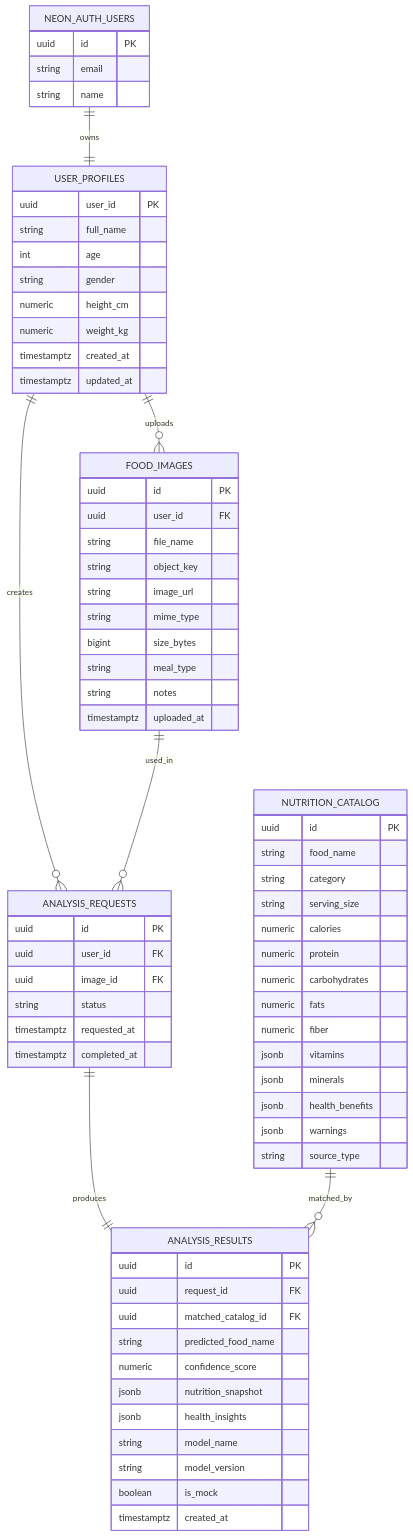
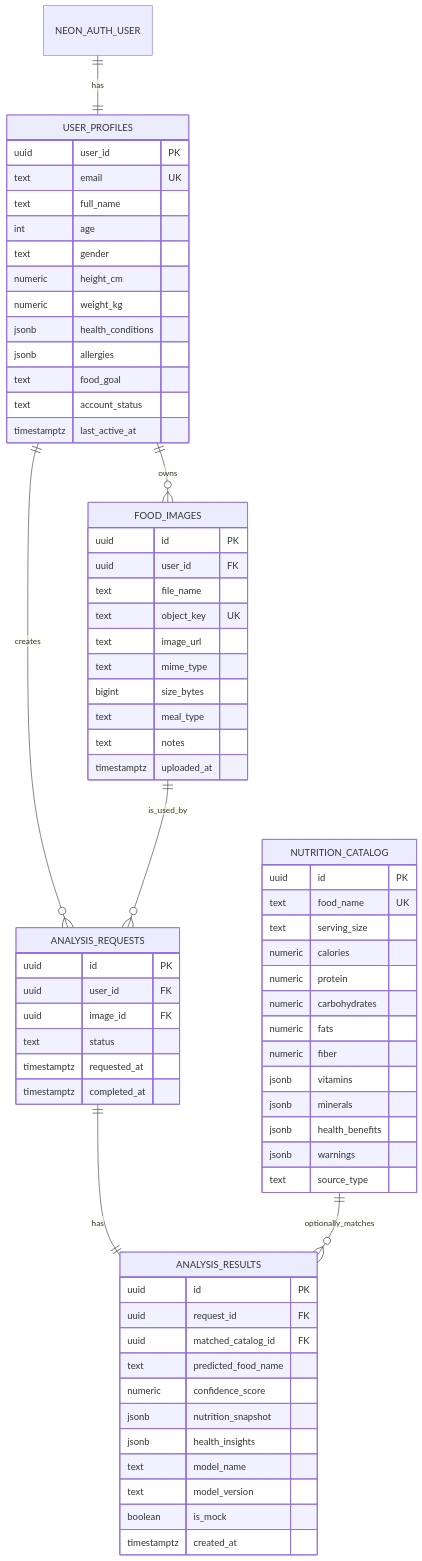
Before and after one commit to Tamal-11/cse4104-7a-t03-nutrilens: the diagram in diagrams/er_diagram.md, drawn with Mermaid. The commit also changed 19 other files, not shown here.

````diff
--- a/diagrams/er_diagram.md
+++ b/diagrams/er_diagram.md
@@ -3,79 +3,76 @@
 ```mermaid
 erDiagram
-    NEON_AUTH_USERS ||--|| USER_PROFILES : owns
-    USER_PROFILES ||--o{ FOOD_IMAGES : uploads
+    NEON_AUTH_USER ||--|| USER_PROFILES : has
+    USER_PROFILES ||--o{ FOOD_IMAGES : owns
     USER_PROFILES ||--o{ ANALYSIS_REQUESTS : creates
-    FOOD_IMAGES ||--o{ ANALYSIS_REQUESTS : used_in
-    ANALYSIS_REQUESTS ||--|| ANALYSIS_RESULTS : produces
-    NUTRITION_CATALOG ||--o{ ANALYSIS_RESULTS : matched_by
-
-    NEON_AUTH_USERS {
-        uuid id PK
-        string email
-        string name
-    }
+    FOOD_IMAGES ||--o{ ANALYSIS_REQUESTS : is_used_by
+    ANALYSIS_REQUESTS ||--|| ANALYSIS_RESULTS : has
+    NUTRITION_CATALOG ||--o{ ANALYSIS_RESULTS : optionally_matches
 
     USER_PROFILES {
         uuid user_id PK
-        string full_name
+        text email UK
+        text full_name
         int age
-        string gender
+        text gender
         numeric height_cm
         numeric weight_kg
-        timestamptz created_at
-        timestamptz updated_at
+        jsonb health_conditions
+        jsonb allergies
+        text food_goal
+        text account_status
+        timestamptz last_active_at
     }
 
     FOOD_IMAGES {
         uuid id PK
         uuid user_id FK
-        string file_name
-        string object_key
-        string image_url
-        string mime_type
+        text file_name
+        text object_key UK
+        text image_url
+        text mime_type
         bigint size_bytes
-        string meal_type
-        string notes
+        text meal_type
+        text notes
         timestamptz uploaded_at
+    }
+
+    ANALYSIS_REQUESTS {
+        uuid id PK
+        uuid user_id FK
+        uuid image_id FK
+        text status
+        timestamptz requested_at
+        timestamptz completed_at
+    }
+
+    ANALYSIS_RESULTS {
+        uuid id PK
+        uuid request_id FK
+        uuid matched_catalog_id FK
+        text predicted_food_name
+        numeric confidence_score
+        jsonb nutrition_snapshot
+        jsonb health_insights
+        text model_name
+        text model_version
+        boolean is_mock
+        timestamptz created_at
     }
 
     NUTRITION_CATALOG {
         uuid id PK
-        string food_name
-        string category
-        string serving_size
+        text food_name UK
+        text serving_size
         numeric calories
         numeric protein
         numeric carbohydrates
         numeric fats
         numeric fiber
         jsonb vitamins
         jsonb minerals
         jsonb health_benefits
         jsonb warnings
-        string source_type
-    }
-
-    ANALYSIS_REQUESTS {
-        uuid id PK
-        uuid user_id FK
-        uuid image_id FK
-        string status
-        timestamptz requested_at
-        timestamptz completed_at
-    }
-
-    ANALYSIS_RESULTS {
-        uuid id PK
-        uuid request_id FK
-        uuid matched_catalog_id FK
-        string predicted_food_name
-        numeric confidence_score
-        jsonb nutrition_snapshot
-        jsonb health_insights
-        string model_name
-        string model_version
-        boolean is_mock
-        timestamptz created_at
+        text source_type
     }
 ```
````
